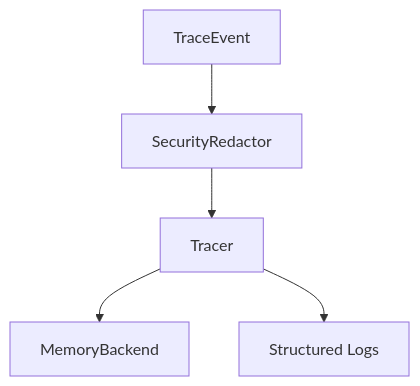
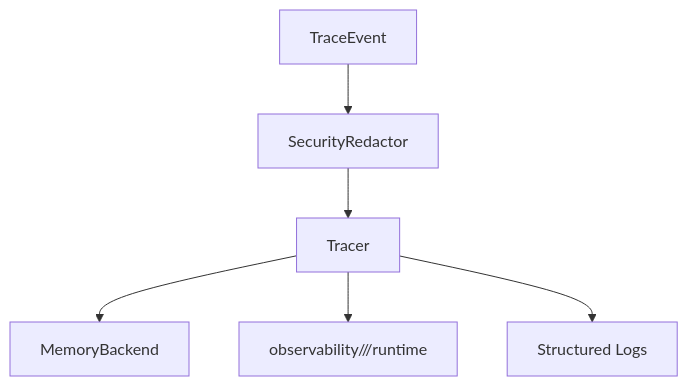
The eighth of 10 diagrams in docs/core_architecture.md (chethanp11/master), drawn with Mermaid before and after one commit. The commit also changed other lines of this file and 6 other files, not shown here.

````diff
--- a/docs/core_architecture.md
+++ b/docs/core_architecture.md
@@ -356,7 +366,8 @@
 ```mermaid
 flowchart TB
   Event[TraceEvent] --> Redactor[SecurityRedactor]
   Redactor --> Tracer
   Tracer --> Memory[MemoryBackend]
+  Tracer --> Observability[observability/<product>/<run_id>/runtime]
   Tracer --> Logs[Structured Logs]
 ```
````
